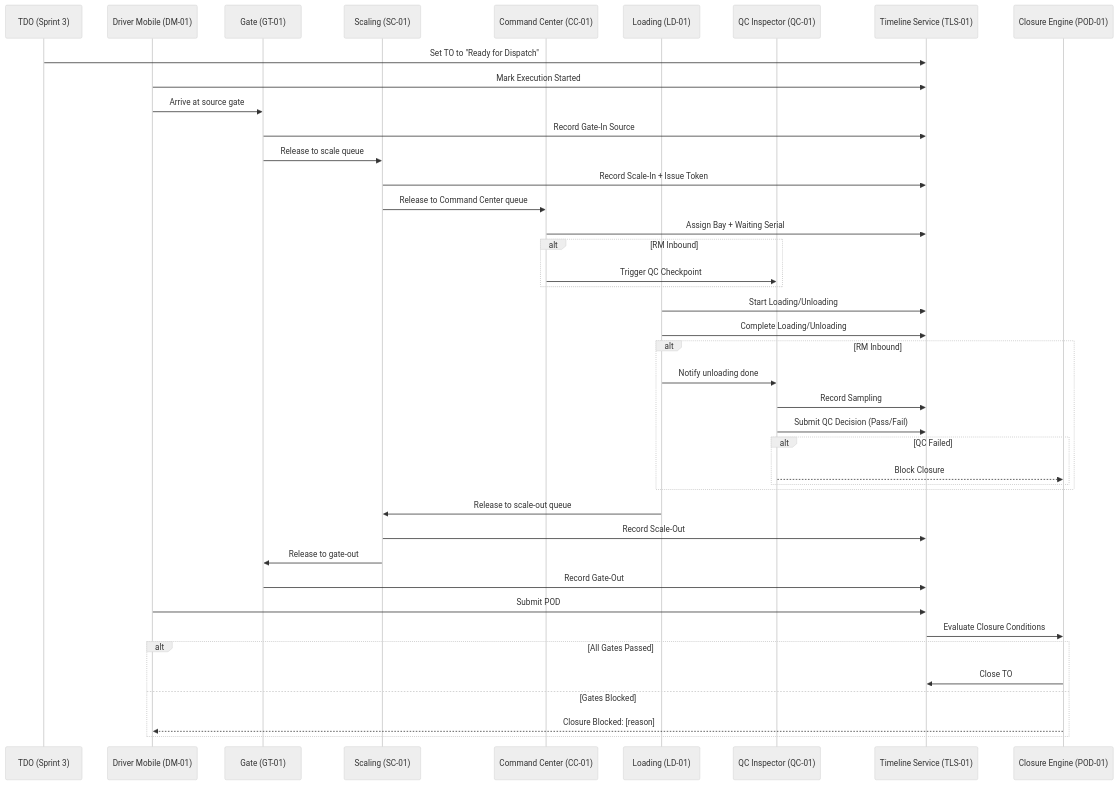
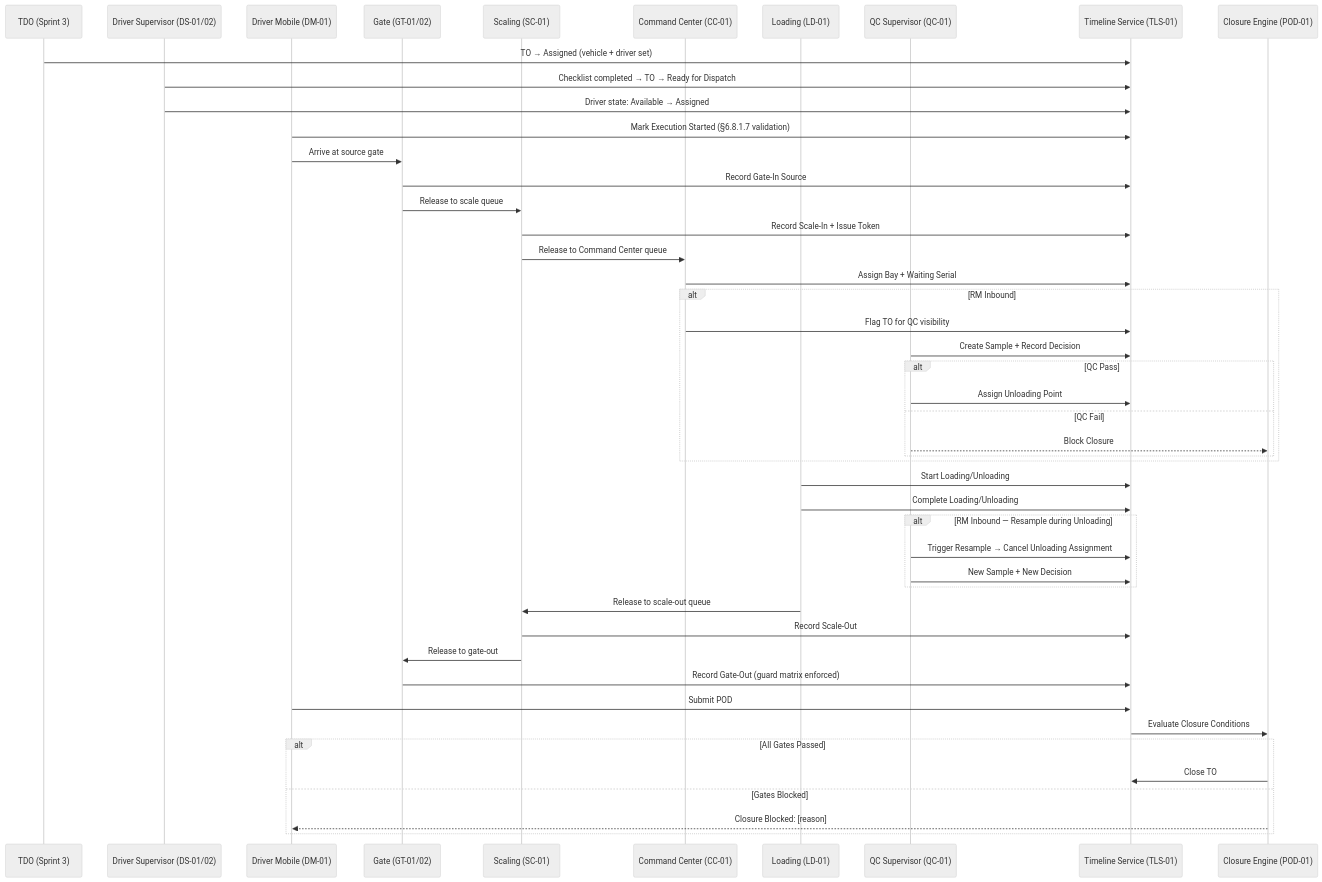
Before and after one commit to sbu-europe/dfms-naming-campaign: the diagram in 05-modules/SPRINT-4-IMPLEMENTATION-OVERVIEW.md, drawn with Mermaid (neutral theme). The commit also changed other lines of this file and 9 other files, not shown here.

Commit message:
docs: refine loading/unloading points and command center operations in Sprint 4, detailing model updates, API enhancements, and operational workflows for improved vehicle management and QC integration

````diff
--- a/05-modules/SPRINT-4-IMPLEMENTATION-OVERVIEW.md
+++ b/05-modules/SPRINT-4-IMPLEMENTATION-OVERVIEW.md
@@ -193,45 +327,50 @@
 ```mermaid
 sequenceDiagram
     participant TDO as TDO (Sprint 3)
+    participant Supervisor as Driver Supervisor (DS-01/02)
     participant Driver as Driver Mobile (DM-01)
-    participant Gate as Gate (GT-01)
+    participant Gate as Gate (GT-01/02)
     participant Scale as Scaling (SC-01)
     participant CC as Command Center (CC-01)
     participant Load as Loading (LD-01)
-    participant QC as QC Inspector (QC-01)
+    participant QC as QC Supervisor (QC-01)
     participant Timeline as Timeline Service (TLS-01)
     participant Closure as Closure Engine (POD-01)
     
-    TDO->>Timeline: Set TO to "Ready for Dispatch"
-    Driver->>Timeline: Mark Execution Started
+    TDO->>Timeline: TO → Assigned (vehicle + driver set)
+    Supervisor->>Timeline: Checklist completed → TO → Ready for Dispatch
+    Supervisor->>Timeline: Driver state: Available → Assigned
+    Driver->>Timeline: Mark Execution Started (§6.8.1.7 validation)
     Driver->>Gate: Arrive at source gate
     Gate->>Timeline: Record Gate-In Source
     Gate->>Scale: Release to scale queue
     Scale->>Timeline: Record Scale-In + Issue Token
     Scale->>CC: Release to Command Center queue
     CC->>Timeline: Assign Bay + Waiting Serial
     alt RM Inbound
-        CC->>QC: Trigger QC Checkpoint
+        CC->>Timeline: Flag TO for QC visibility
+        QC->>Timeline: Create Sample + Record Decision
+        alt QC Pass
+            QC->>Timeline: Assign Unloading Point
+        else QC Fail
+            QC-->>Closure: Block Closure
+        end
     end
     Load->>Timeline: Start Loading/Unloading
     Load->>Timeline: Complete Loading/Unloading
-    alt RM Inbound
-        Load->>QC: Notify unloading done
-        QC->>Timeline: Record Sampling
-        QC->>Timeline: Submit QC Decision (Pass/Fail)
-        alt QC Failed
-            QC-->>Closure: Block Closure
-        end
+    alt RM Inbound — Resample during Unloading
+        QC->>Timeline: Trigger Resample → Cancel Unloading Assignment
+        QC->>Timeline: New Sample + New Decision
     end
     Load->>Scale: Release to scale-out queue
     Scale->>Timeline: Record Scale-Out
     Scale->>Gate: Release to gate-out
-    Gate->>Timeline: Record Gate-Out
+    Gate->>Timeline: Record Gate-Out (guard matrix enforced)
     Driver->>Timeline: Submit POD
     Timeline->>Closure: Evaluate Closure Conditions
     alt All Gates Passed
         Closure->>Timeline: Close TO
     else Gates Blocked
         Closure-->>Driver: Closure Blocked: [reason]
     end
 ```
````
